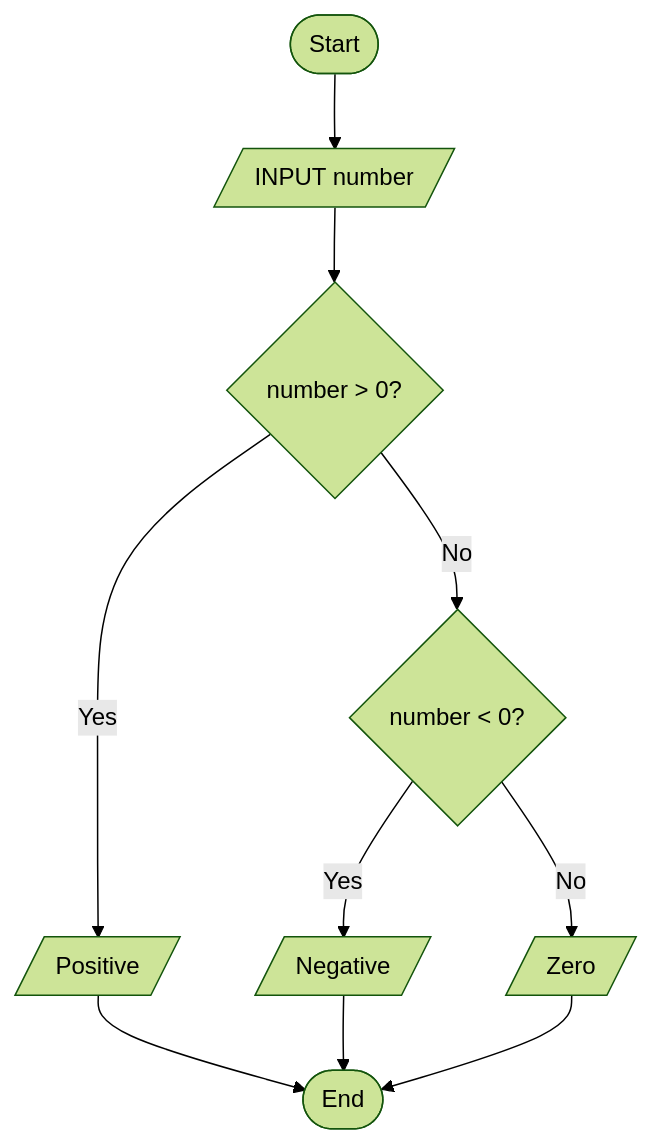
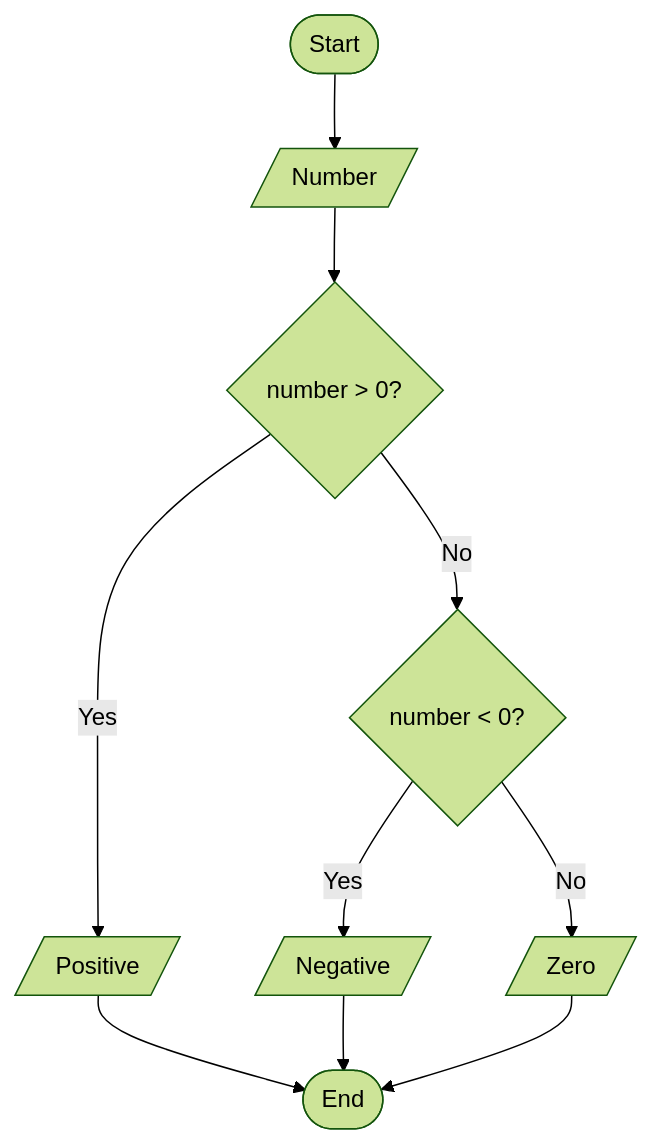
One commit to hopp91/Lexicon-Algorithm-Flowchart-Workshop changed the third of 5 diagrams in 1. Workshop_Algorithm_and_Flowchart.md. Above: the diagram before and after it, drawn with Mermaid (forest theme). The commit also changed other lines of this file, not shown here.

````diff
--- a/1. Workshop_Algorithm_and_Flowchart.md
+++ b/1. Workshop_Algorithm_and_Flowchart.md
@@ -110,13 +110,13 @@
 ```mermaid
 flowchart TD
-    A([Start]) --> B[/INPUT number/]
+    A([Start]) --> B[/Number/]
     B --> C{number > 0?}
     C -- Yes --> D[/Positive/]
     C -- No --> E{number < 0?}
     E -- Yes --> F[/Negative/]
     E -- No --> G[/Zero/]
     D --> H([End])
     F --> H
     G --> H
 
 ```
````
